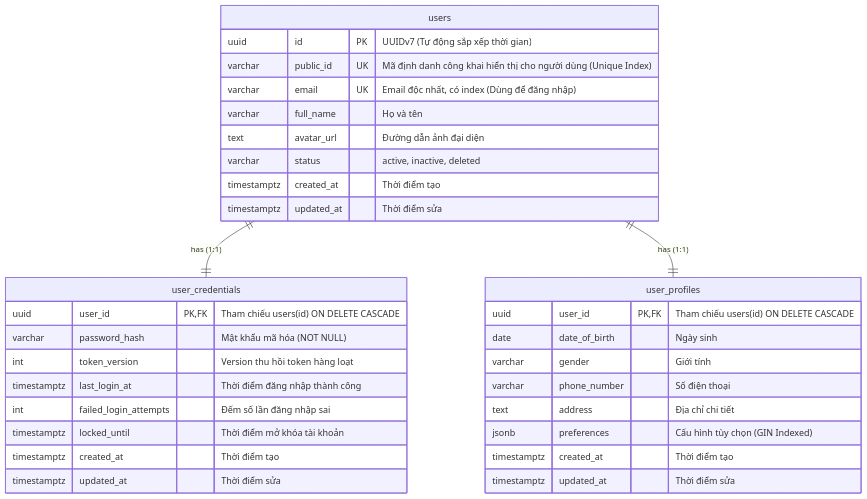
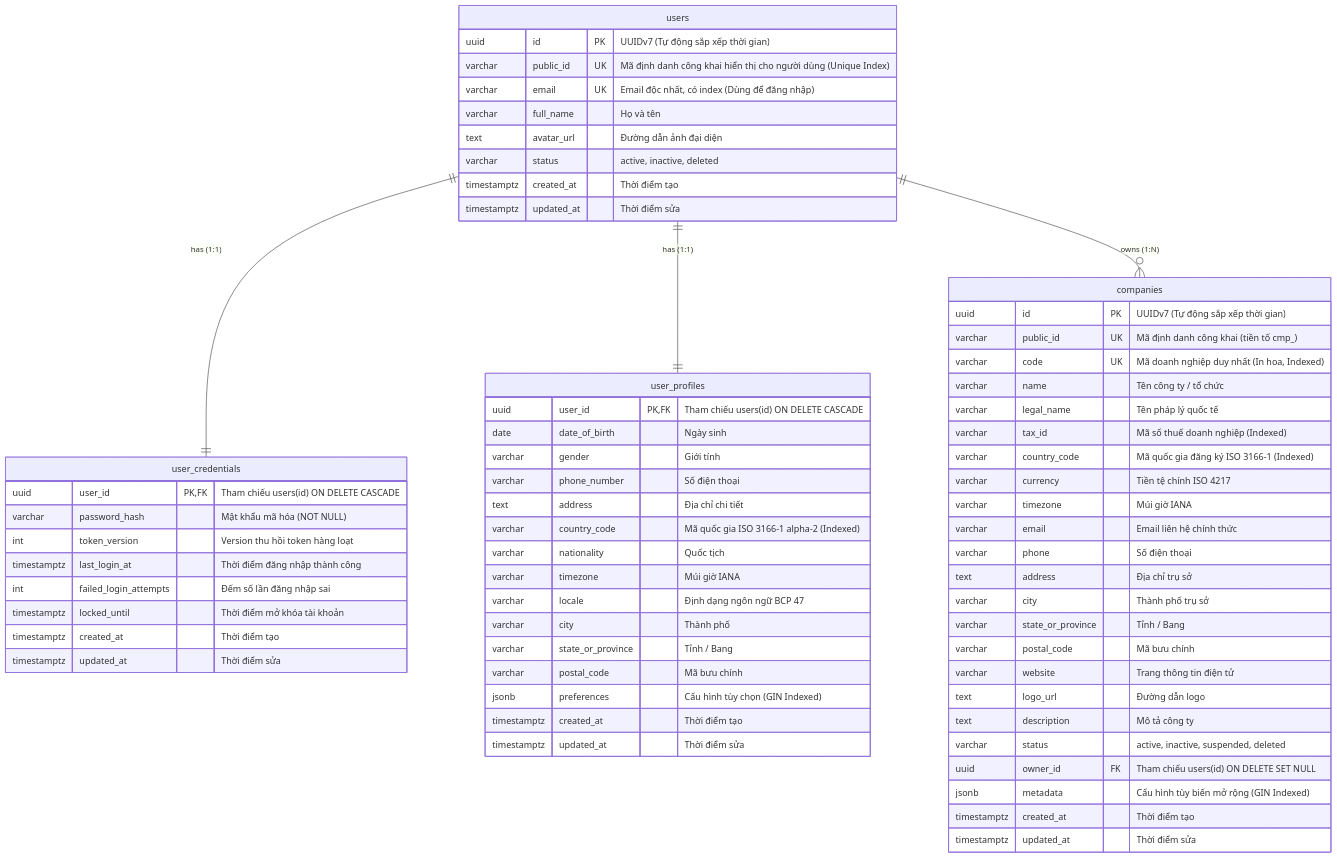
The third of 4 diagrams in docs/system-architecture.md (vlahanam/terra-clone), drawn with Mermaid before and after one commit. The commit also changed 27 other files, not shown here.

````diff
--- a/docs/system-architecture.md
+++ b/docs/system-architecture.md
@@ -179,38 +179,72 @@
 ```mermaid
 erDiagram
     users ||--|| user_credentials : "has (1:1)"
     users ||--|| user_profiles : "has (1:1)"
+    users ||--o{ companies : "owns (1:N)"
 
     users {
         uuid id PK "UUIDv7 (Tự động sắp xếp thời gian)"
         varchar public_id UK "Mã định danh công khai hiển thị cho người dùng (Unique Index)"
         varchar email UK "Email độc nhất, có index (Dùng để đăng nhập)"
         varchar full_name "Họ và tên"
         text avatar_url "Đường dẫn ảnh đại diện"
         varchar status "active, inactive, deleted"
         timestamptz created_at "Thời điểm tạo"
         timestamptz updated_at "Thời điểm sửa"
     }
 
     user_credentials {
         uuid user_id PK,FK "Tham chiếu users(id) ON DELETE CASCADE"
         varchar password_hash "Mật khẩu mã hóa (NOT NULL)"
         int token_version "Version thu hồi token hàng loạt"
         timestamptz last_login_at "Thời điểm đăng nhập thành công"
         int failed_login_attempts "Đếm số lần đăng nhập sai"
         timestamptz locked_until "Thời điểm mở khóa tài khoản"
         timestamptz created_at "Thời điểm tạo"
         timestamptz updated_at "Thời điểm sửa"
     }
 
     user_profiles {
         uuid user_id PK,FK "Tham chiếu users(id) ON DELETE CASCADE"
         date date_of_birth "Ngày sinh"
         varchar gender "Giới tính"
         varchar phone_number "Số điện thoại"
         text address "Địa chỉ chi tiết"
+        varchar country_code "Mã quốc gia ISO 3166-1 alpha-2 (Indexed)"
+        varchar nationality "Quốc tịch"
+        varchar timezone "Múi giờ IANA"
+        varchar locale "Định dạng ngôn ngữ BCP 47"
+        varchar city "Thành phố"
+        varchar state_or_province "Tỉnh / Bang"
+        varchar postal_code "Mã bưu chính"
         jsonb preferences "Cấu hình tùy chọn (GIN Indexed)"
         timestamptz created_at "Thời điểm tạo"
         timestamptz updated_at "Thời điểm sửa"
     }
+
+    companies {
+        uuid id PK "UUIDv7 (Tự động sắp xếp thời gian)"
+        varchar public_id UK "Mã định danh công khai (tiền tố cmp_)"
+        varchar code UK "Mã doanh nghiệp duy nhất (In hoa, Indexed)"
+        varchar name "Tên công ty / tổ chức"
+        varchar legal_name "Tên pháp lý quốc tế"
+        varchar tax_id "Mã số thuế doanh nghiệp (Indexed)"
+        varchar country_code "Mã quốc gia đăng ký ISO 3166-1 (Indexed)"
+        varchar currency "Tiền tệ chính ISO 4217"
+        varchar timezone "Múi giờ IANA"
+        varchar email "Email liên hệ chính thức"
+        varchar phone "Số điện thoại"
+        text address "Địa chỉ trụ sở"
+        varchar city "Thành phố trụ sở"
+        varchar state_or_province "Tỉnh / Bang"
+        varchar postal_code "Mã bưu chính"
+        varchar website "Trang thông tin điện tử"
+        text logo_url "Đường dẫn logo"
+        text description "Mô tả công ty"
+        varchar status "active, inactive, suspended, deleted"
+        uuid owner_id FK "Tham chiếu users(id) ON DELETE SET NULL"
+        jsonb metadata "Cấu hình tùy biến mở rộng (GIN Indexed)"
+        timestamptz created_at "Thời điểm tạo"
+        timestamptz updated_at "Thời điểm sửa"
+    }
 ```
````
